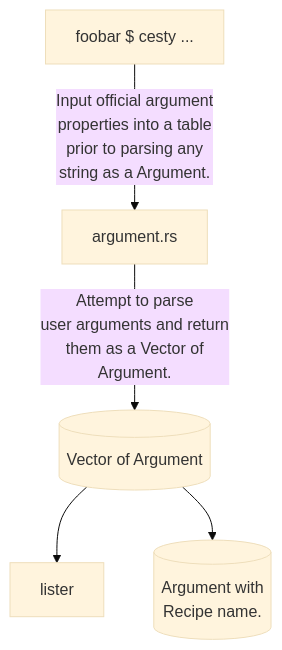
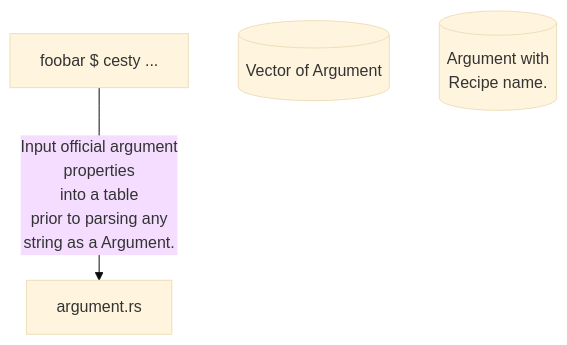
Before and after one commit to josko3567/cesty: the second of 2 diagrams in ideas/thoughts.md, drawn with Mermaid (base theme).

Commit message:
thoughts.md attempt to fix for github

````diff
--- a/ideas/thoughts.md
+++ b/ideas/thoughts.md
@@ -357,25 +357,16 @@
 ```mermaid
 flowchart TB;
     startuserinput[foobar $ cesty ...]
 
     argumentparser[argument.rs]
     argumentdatabase[(Vector of Argument)]
-    recipe[(Argument with 
-    Recipe name.)]
+    recipe[(Argument with \n Recipe name.)]
 
-    startuserinput-->|Input official argument
-    properties into a table
-    prior to parsing any
-    string as a Argument.|argumentparser
-
-    argumentparser-->|Attempt to parse 
-    user arguments and return
-    them as a Vector of 
-    Argument.|argumentdatabase-->lister & recipe
+    startuserinput-->|Input official argument\n properties \n into a table\n prior to parsing any\n string as a Argument.|argumentparser
 
     
 
 
     
 
 ```
````
